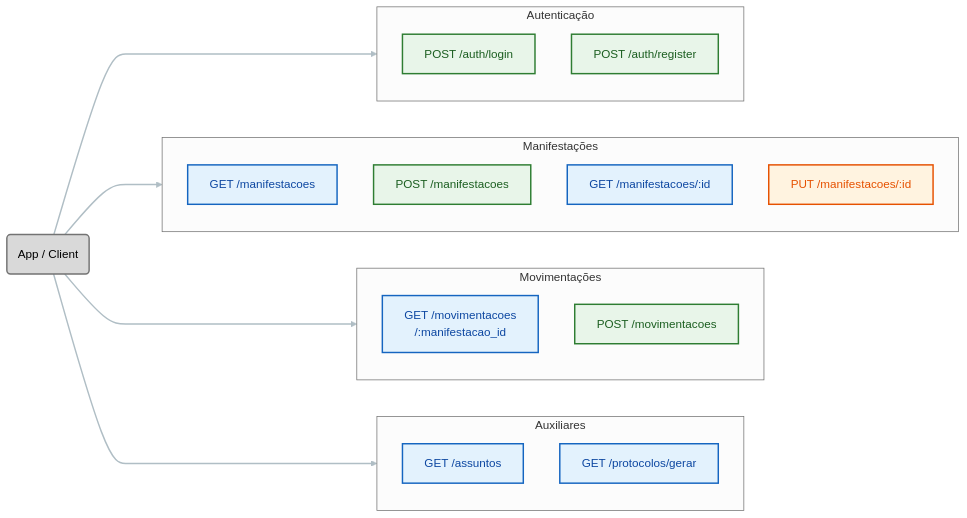
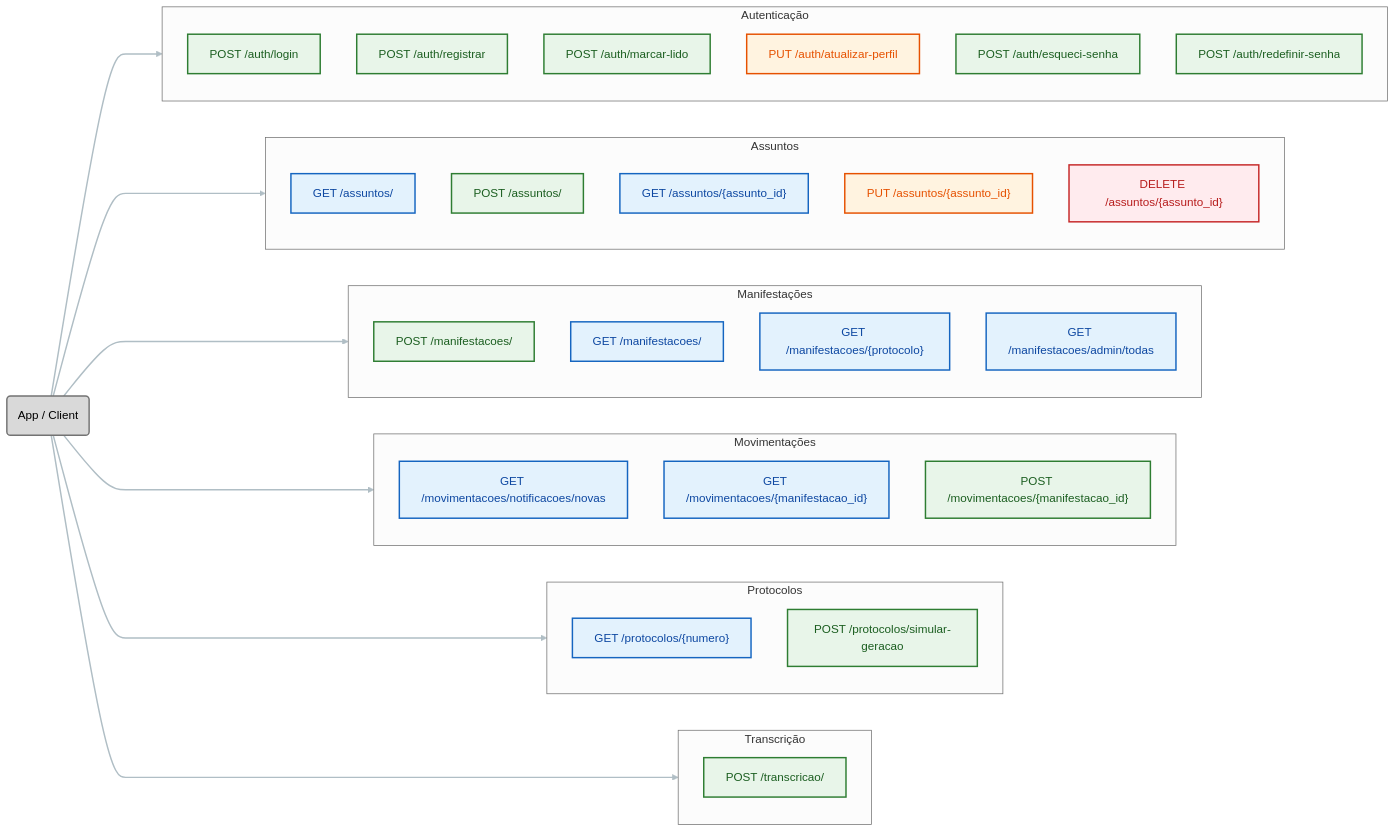
The third of 5 diagrams in Readme.md (Rafa516/Desafio-Participa-DF-OUV), drawn with Mermaid (neutral theme) before and after one commit. The commit also changed other lines of this file and 5 other files, not shown here.

````diff
--- a/Readme.md
+++ b/Readme.md
@@ -235,52 +239,76 @@
 ```mermaid
 flowchart LR
     %% --- Definição de Estilos (Padrão Swagger/OpenAPI) ---
     classDef get fill:#e3f2fd,stroke:#1565c0,stroke-width:2px,color:#0d47a1
     classDef post fill:#e8f5e9,stroke:#2e7d32,stroke-width:2px,color:#1b5e20
     classDef put fill:#fff3e0,stroke:#e65100,stroke-width:2px,color:#e65100
+    classDef delete fill:#ffebee,stroke:#c62828,stroke-width:2px,color:#b71c1c
     classDef client fill:#333,stroke:#000,stroke-width:2px,color:#fff
     
     %% Nó do Cliente
     Client("App / Client"):::client
 
     %% Grupo 1: Autenticação
     subgraph Auth ["Autenticação"]
         direction TB
         POST_LOGIN["POST /auth/login"]:::post
-        POST_REGISTER["POST /auth/register"]:::post
+        POST_REGISTER["POST /auth/registrar"]:::post
+        POST_MARCAR["POST /auth/marcar-lido"]:::post
+        PUT_PERFIL["PUT /auth/atualizar-perfil"]:::put
+        POST_ESQUECI["POST /auth/esqueci-senha"]:::post
+        POST_REDEF["POST /auth/redefinir-senha"]:::post
     end
 
-    %% Grupo 2: Manifestações
+    %% Grupo 2: Assuntos (CRUD)
+    subgraph Ass ["Assuntos"]
+        direction TB
+        GET_ASS["GET /assuntos/"]:::get
+        POST_ASS["POST /assuntos/"]:::post
+        GET_ASS_ID["GET /assuntos/{assunto_id}"]:::get
+        PUT_ASS["PUT /assuntos/{assunto_id}"]:::put
+        DEL_ASS["DELETE /assuntos/{assunto_id}"]:::delete
+    end
+
+    %% Grupo 3: Manifestações
     subgraph Man ["Manifestações"]
         direction TB
-        GET_MAN["GET /manifestacoes"]:::get
-        POST_MAN["POST /manifestacoes"]:::post
-        GET_MAN_ID["GET /manifestacoes/:id"]:::get
-        PUT_MAN["PUT /manifestacoes/:id"]:::put
+        POST_MAN["POST /manifestacoes/"]:::post
+        GET_MAN["GET /manifestacoes/"]:::get
+        GET_MAN_PROT["GET /manifestacoes/{protocolo}"]:::get
+        GET_MAN_ADMIN["GET /manifestacoes/admin/todas"]:::get
     end
 
-    %% Grupo 3: Movimentações
+    %% Grupo 4: Movimentações
     subgraph Mov ["Movimentações"]
         direction TB
-        GET_MOV["GET /movimentacoes<br/>/:manifestacao_id"]:::get
-        POST_MOV["POST /movimentacoes"]:::post
+        GET_NOT["GET /movimentacoes/notificacoes/novas"]:::get
+        GET_HIST["GET /movimentacoes/{manifestacao_id}"]:::get
+        POST_MOV["POST /movimentacoes/{manifestacao_id}"]:::post
     end
 
-    %% Grupo 4: Auxiliares
-    subgraph Aux ["Auxiliares"]
+    %% Grupo 5: Protocolos
+    subgraph Prot ["Protocolos"]
         direction TB
-        GET_ASS["GET /assuntos"]:::get
-        GET_PROT["GET /protocolos/gerar"]:::get
+        GET_PROT["GET /protocolos/{numero}"]:::get
+        POST_PROT["POST /protocolos/simular-geracao"]:::post
+    end
+
+    %% Grupo 6: Transcrição
+    subgraph Trans ["Transcrição"]
+        direction TB
+        POST_TRANS["POST /transcricao/"]:::post
     end
 
     %% --- Conexões ---
     %% Usamos links invisíveis ou diretos para organizar
     Client ===> Auth
+    Client ===> Ass
     Client ===> Man
     Client ===> Mov
-    Client ===> Aux
+    Client ===> Prot
+    Client ===> Trans
 
     %% Dica: LinkStyle deixa as setas mais suaves
     linkStyle default stroke:#b0bec5,stroke-width:2px
 	style Client color:#000000,stroke:#737373,fill:#D9D9D9
 ```
````
